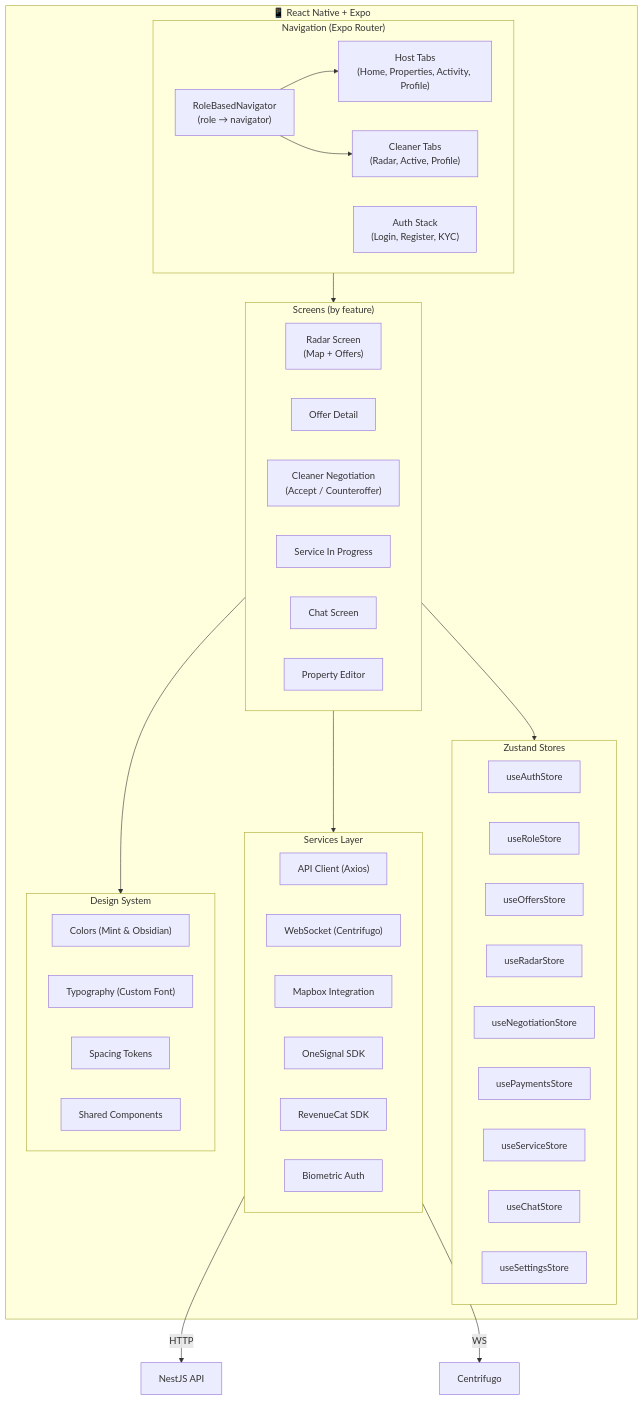
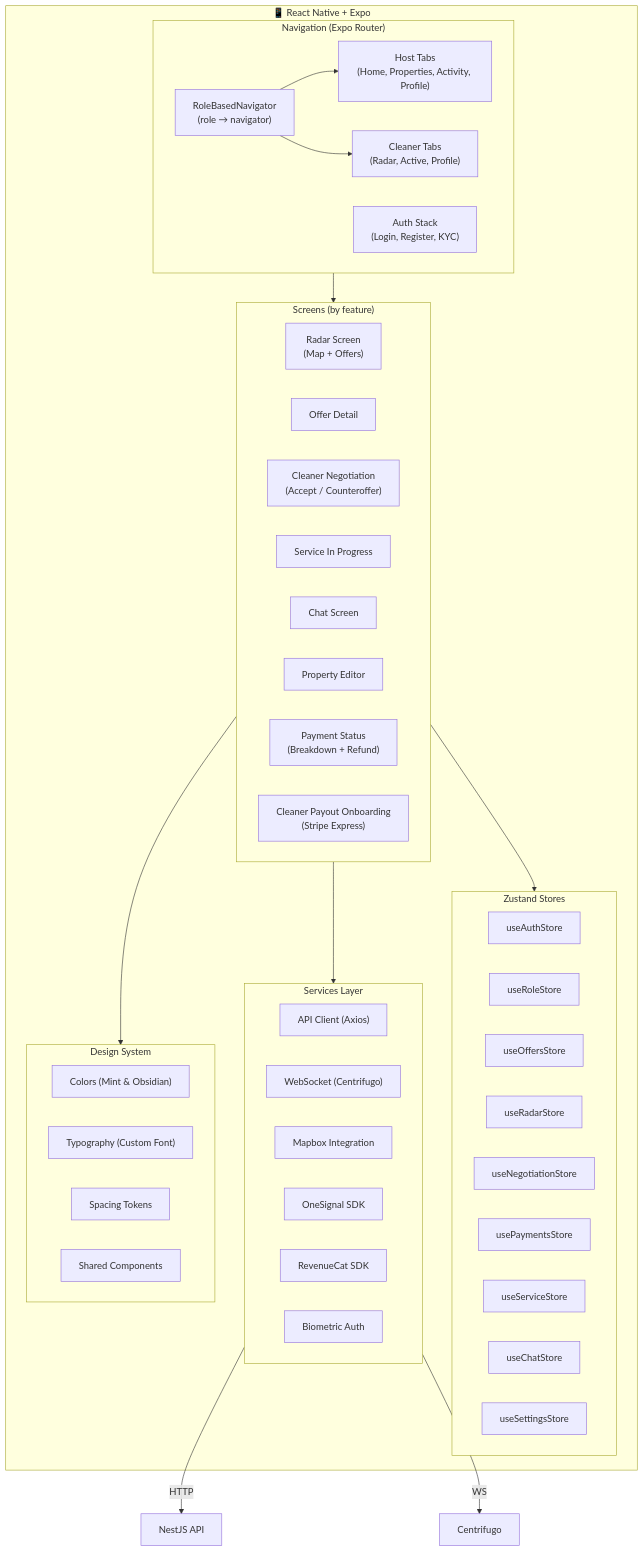
One commit to Sebastiandg007/bidclean changed the second of 10 diagrams in docs/ARCHITECTURE.md. Above: the diagram before and after it, drawn with Mermaid. The commit also changed 3 other files, not shown here.

First line of the commit message:
feat(mobile): add Cleaner payout onboarding screen

````diff
--- a/docs/ARCHITECTURE.md
+++ b/docs/ARCHITECTURE.md
@@ -96,57 +96,59 @@
 ```mermaid
 graph TB
     subgraph App["📱 React Native + Expo"]
         subgraph Navigation["Navigation (Expo Router)"]
             RoleRouter["RoleBasedNavigator<br/>(role → navigator)"]
             AuthStack["Auth Stack<br/>(Login, Register, KYC)"]
             HostTabs["Host Tabs<br/>(Home, Properties, Activity, Profile)"]
             CleanerTabs["Cleaner Tabs<br/>(Radar, Active, Profile)"]
         end
 
         subgraph Screens["Screens (by feature)"]
             Radar["Radar Screen<br/>(Map + Offers)"]
             OfferDetail["Offer Detail"]
             Negotiation["Cleaner Negotiation<br/>(Accept / Counteroffer)"]
             Service["Service In Progress"]
             Chat["Chat Screen"]
             PropertyEdit["Property Editor"]
+            PaymentStatus["Payment Status<br/>(Breakdown + Refund)"]
+            PayoutOnboarding["Cleaner Payout Onboarding<br/>(Stripe Express)"]
         end
 
         subgraph Stores["Zustand Stores"]
             AuthStore["useAuthStore"]
             RoleStore["useRoleStore"]
             OffersStore["useOffersStore"]
             RadarStore["useRadarStore"]
             NegotiationStore["useNegotiationStore"]
             PaymentsStore["usePaymentsStore"]
             ServiceStore["useServiceStore"]
             ChatStore["useChatStore"]
             SettingsStore["useSettingsStore"]
         end
 
         subgraph Services["Services Layer"]
             APIService["API Client (Axios)"]
             SocketService["WebSocket (Centrifugo)"]
             MapService["Mapbox Integration"]
             NotifService["OneSignal SDK"]
             PurchaseService["RevenueCat SDK"]
             BiometricService["Biometric Auth"]
         end
 
         subgraph Theme["Design System"]
             Colors["Colors (Mint & Obsidian)"]
             Typography["Typography (Custom Font)"]
             Spacing["Spacing Tokens"]
             Components["Shared Components"]
         end
     end
 
     Navigation --> Screens
     RoleRouter --> HostTabs
     RoleRouter --> CleanerTabs
     Screens --> Stores
     Screens --> Services
     Screens --> Theme
     Services --> |"HTTP"| API["NestJS API"]
     Services --> |"WS"| WS["Centrifugo"]
 ```
````
